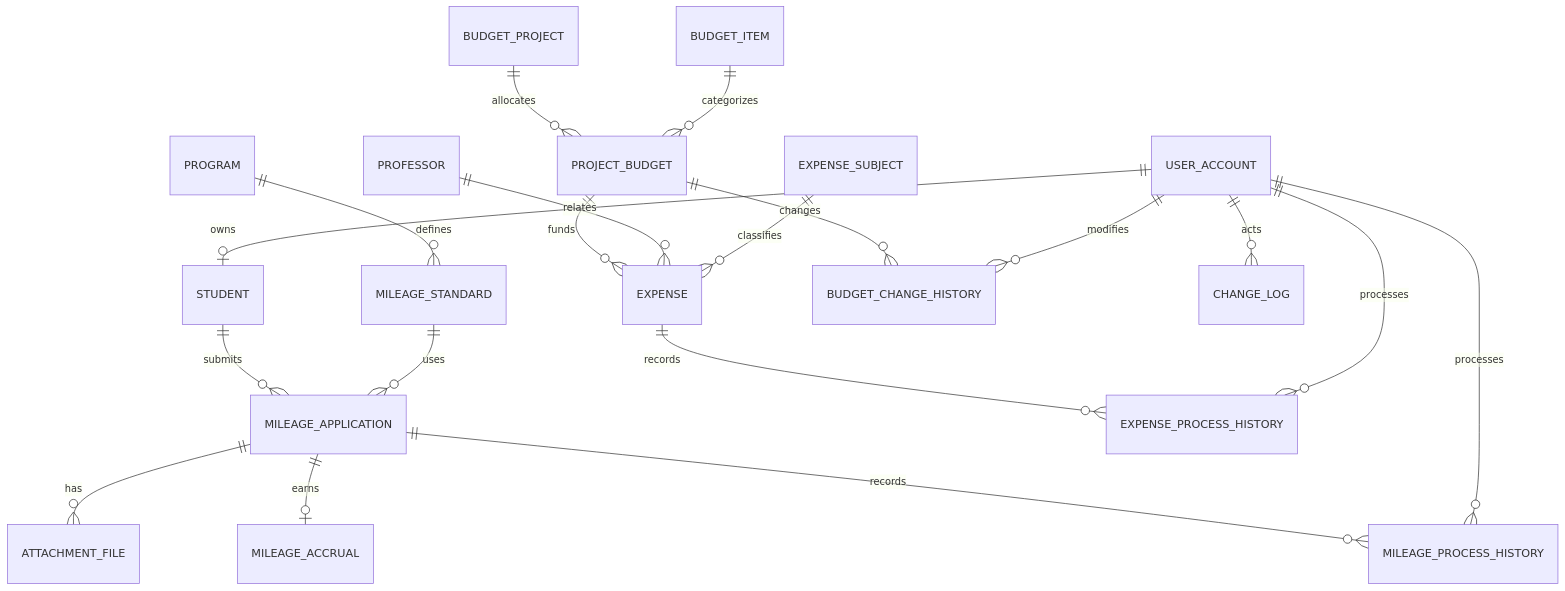
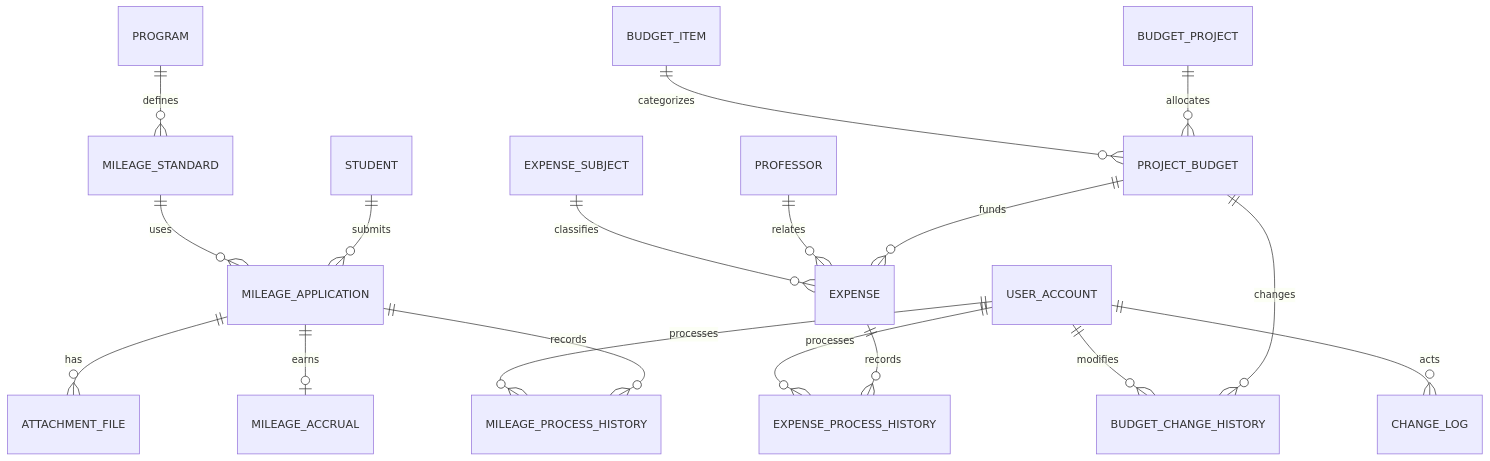
The diagram in docs/공유문서_지선담당_보고서.md (bangjinseo/26-2-DBP), drawn with Mermaid before and after one commit. The commit also changed other lines of this file and 5 other files, not shown here.

````diff
--- a/docs/공유문서_지선담당_보고서.md
+++ b/docs/공유문서_지선담당_보고서.md
@@ -144,21 +105,20 @@
 ```mermaid
 erDiagram
-    USER_ACCOUNT ||--o| STUDENT : owns
     STUDENT ||--o{ MILEAGE_APPLICATION : submits
     PROGRAM ||--o{ MILEAGE_STANDARD : defines
     MILEAGE_STANDARD ||--o{ MILEAGE_APPLICATION : uses
     MILEAGE_APPLICATION ||--o{ ATTACHMENT_FILE : has
     MILEAGE_APPLICATION ||--o| MILEAGE_ACCRUAL : earns
     MILEAGE_APPLICATION ||--o{ MILEAGE_PROCESS_HISTORY : records
     USER_ACCOUNT ||--o{ MILEAGE_PROCESS_HISTORY : processes
     BUDGET_PROJECT ||--o{ PROJECT_BUDGET : allocates
     BUDGET_ITEM ||--o{ PROJECT_BUDGET : categorizes
     PROJECT_BUDGET ||--o{ EXPENSE : funds
     PROFESSOR ||--o{ EXPENSE : relates
     EXPENSE_SUBJECT ||--o{ EXPENSE : classifies
     EXPENSE ||--o{ EXPENSE_PROCESS_HISTORY : records
     USER_ACCOUNT ||--o{ EXPENSE_PROCESS_HISTORY : processes
     PROJECT_BUDGET ||--o{ BUDGET_CHANGE_HISTORY : changes
     USER_ACCOUNT ||--o{ BUDGET_CHANGE_HISTORY : modifies
     USER_ACCOUNT ||--o{ CHANGE_LOG : acts
 ```
````
